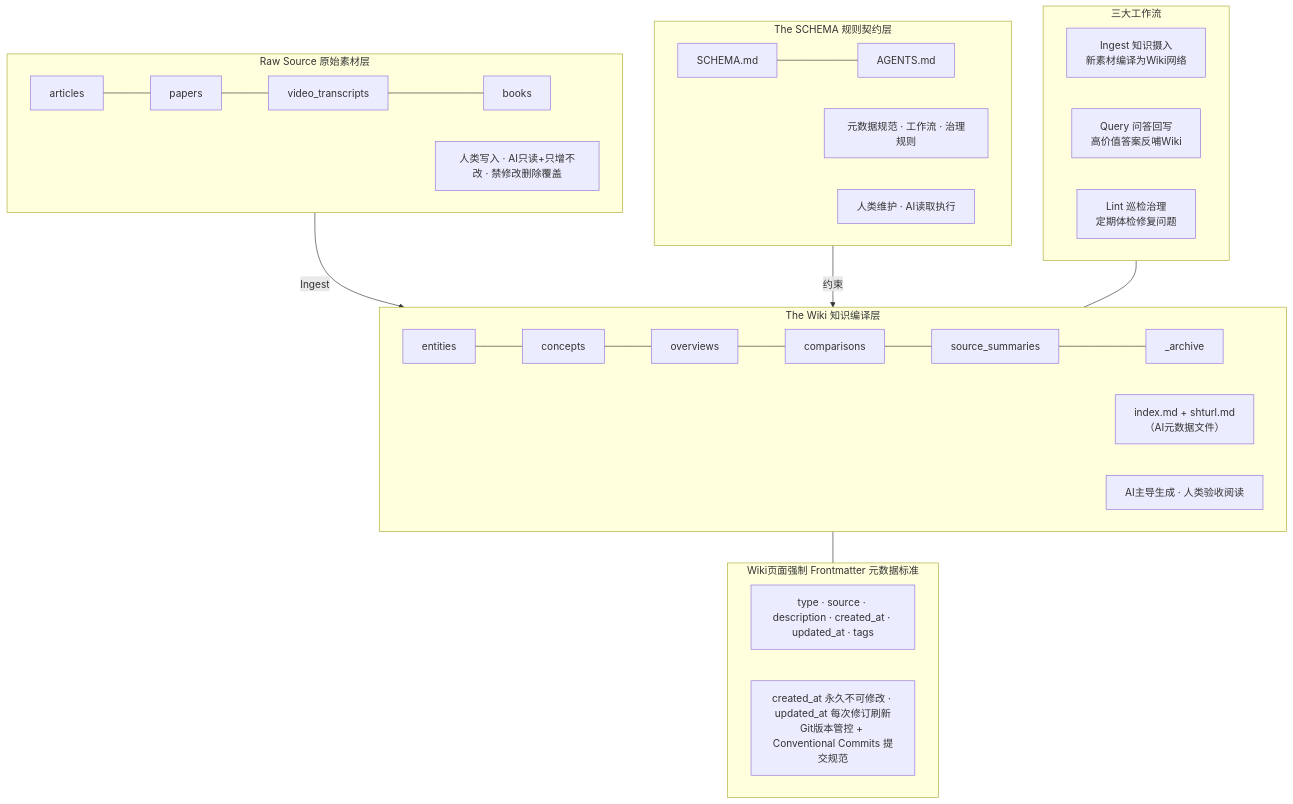
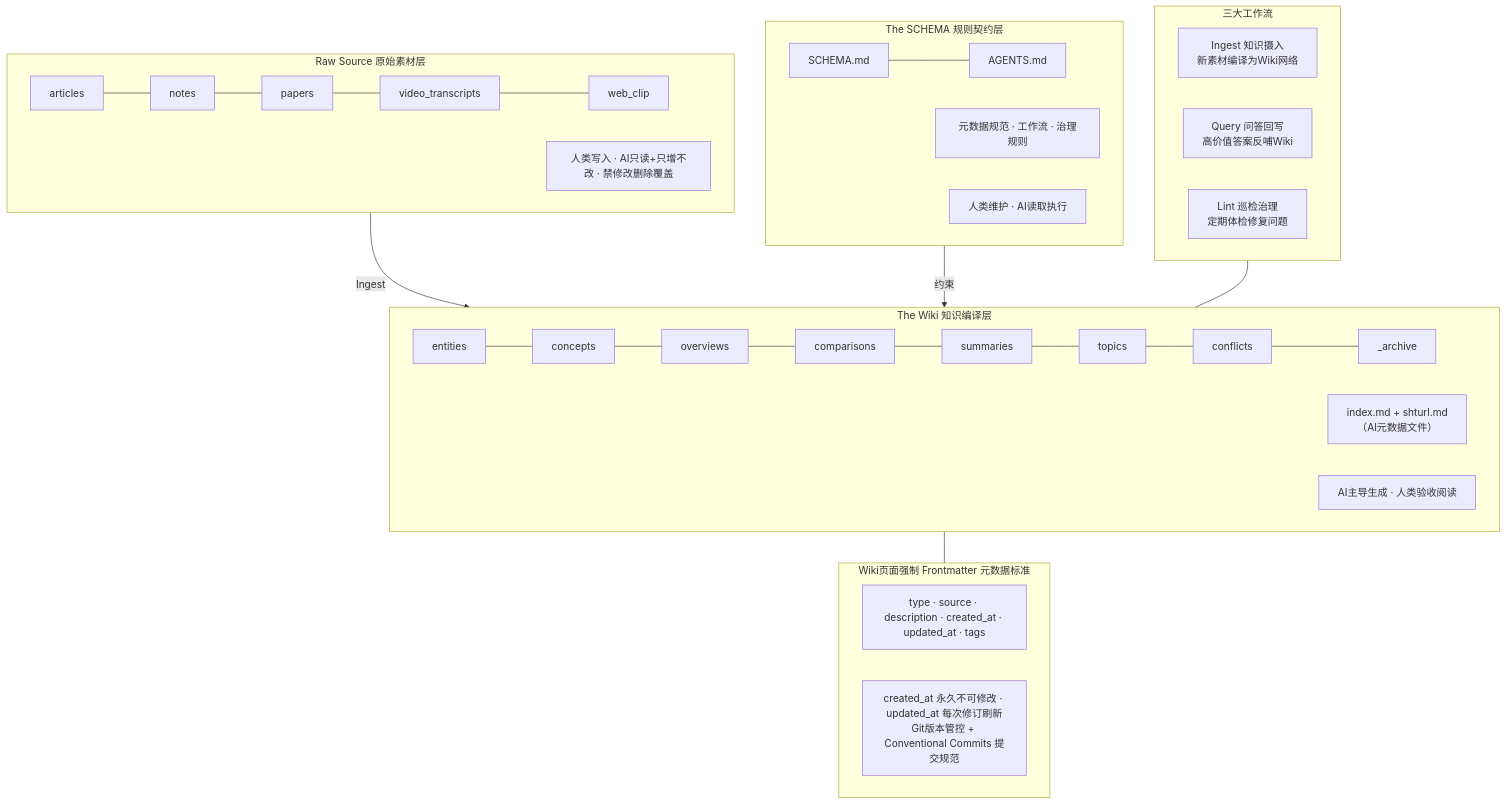
The diagram in README.md (Topskys/llm-wiki), drawn with Mermaid before and after one commit. The commit also changed other lines of this file and 21 other files, not shown here.

Commit message:
rule: restructure wiki and raw directories

````diff
--- a/README.md
+++ b/README.md
@@ -19,40 +19,40 @@
 ```mermaid
 flowchart TB
     subgraph RAW["Raw Source 原始素材层"]
         direction LR
-        RAW1["articles"] --- RAW2["papers"] --- RAW3["video_transcripts"] --- RAW4["books"]
+        RAW1["articles"] --- RAW2["notes"] --- RAW3["papers"] --- RAW4["video_transcripts"] --- RAW5["web_clip"]
         RAW_D["人类写入 · AI只读+只增不改 · 禁修改删除覆盖"]
     end
 
     subgraph WIKI["The Wiki 知识编译层"]
         direction LR
-        WIKI1["entities"] --- WIKI2["concepts"] --- WIKI3["overviews"] --- WIKI4["comparisons"] --- WIKI5["source_summaries"] --- WIKI6["_archive"]
+        WIKI1["entities"] --- WIKI2["concepts"] --- WIKI3["overviews"] --- WIKI4["comparisons"] --- WIKI5["summaries"] --- WIKI6["topics"] --- WIKI7["conflicts"] --- WIKI8["_archive"]
         WIKIM["index.md + shturl.md<br/>（AI元数据文件）"]
         WIKI_D["AI主导生成 · 人类验收阅读"]
     end
 
     subgraph SCHEMA["The SCHEMA 规则契约层"]
         direction LR
         SCHEMA1["SCHEMA.md"] --- SCHEMA2["AGENTS.md"]
         SCHEMA3["元数据规范 · 工作流 · 治理规则"]
         SCHEMA_D["人类维护 · AI读取执行"]
     end
 
     subgraph WORKFLOW["三大工作流"]
         direction LR
         ING["Ingest 知识摄入<br/>新素材编译为Wiki网络"]
         QUE["Query 问答回写<br/>高价值答案反哺Wiki"]
         LINT["Lint 巡检治理<br/>定期体检修复问题"]
     end
 
     subgraph META["Wiki页面强制 Frontmatter 元数据标准"]
         direction LR
         M1["type · source · description · created_at · updated_at · tags"]
         M2["created_at 永久不可修改 · updated_at 每次修订刷新<br/>Git版本管控 + Conventional Commits 提交规范"]
     end
 
     RAW -->|"Ingest"| WIKI
     SCHEMA -->|"约束"| WIKI
     WORKFLOW --- WIKI
     WIKI --- META
 ```
````
